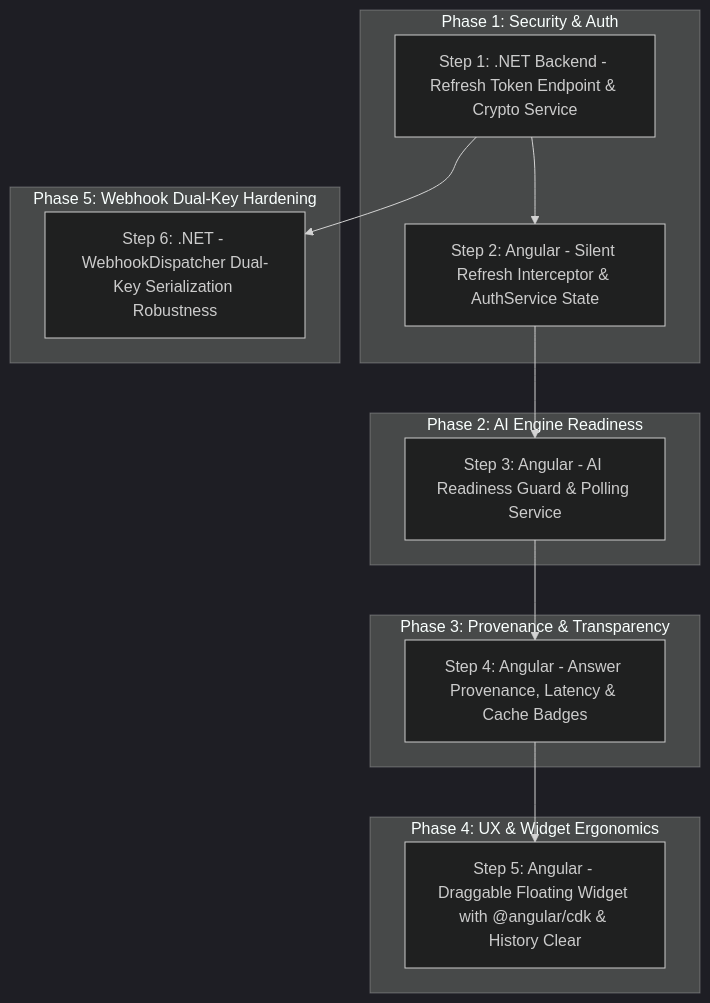
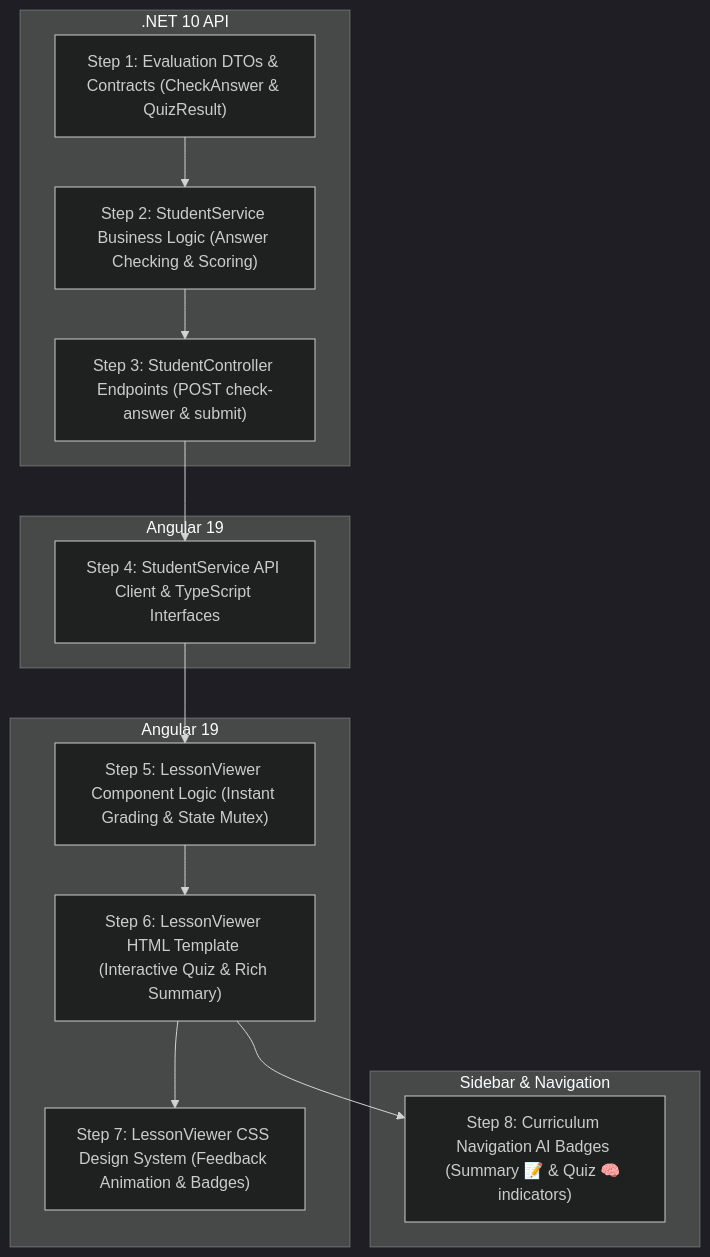
The diagram in CONSTRUCTION_BLUEPRINT.md (MazenDarweesh/DynamicProLearn), drawn with Mermaid (dark theme) before and after one commit. The commit also changed other lines of this file and 22 other files, not shown here.

First line of the commit message:
feat(quiz-summary): implement interactive AI quiz with DB persistence & rich summary UI

````diff
--- a/CONSTRUCTION_BLUEPRINT.md
+++ b/CONSTRUCTION_BLUEPRINT.md
@@ -11,29 +11,29 @@
 ```mermaid
 flowchart TD
-    subgraph Phase 1: Security & Auth
-        Step1[Step 1: .NET Backend - Refresh Token Endpoint & Crypto Service]
-        Step2[Step 2: Angular - Silent Refresh Interceptor & AuthService State]
+    subgraph Phase 1: Backend Evaluation Engine [.NET 10 API]
+        Step1["Step 1: Evaluation DTOs & Contracts (CheckAnswer & QuizResult)"]
+        Step2["Step 2: StudentService Business Logic (Answer Checking & Scoring)"]
+        Step3["Step 3: StudentController Endpoints (POST check-answer & submit)"]
         Step1 --> Step2
+        Step2 --> Step3
     end
 
-    subgraph Phase 2: AI Engine Readiness
-        Step3[Step 3: Angular - AI Readiness Guard & Polling Service]
+    subgraph Phase 2: Frontend Service & Types [Angular 19]
+        Step4["Step 4: StudentService API Client & TypeScript Interfaces"]
+        Step3 --> Step4
     end
 
-    subgraph Phase 3: Provenance & Transparency
-        Step4[Step 4: Angular - Answer Provenance, Latency & Cache Badges]
+    subgraph Phase 3: Interactive UI & Instant Grading [Angular 19]
+        Step5["Step 5: LessonViewer Component Logic (Instant Grading & State Mutex)"]
+        Step6["Step 6: LessonViewer HTML Template (Interactive Quiz & Rich Summary)"]
+        Step7["Step 7: LessonViewer CSS Design System (Feedback Animation & Badges)"]
+        Step4 --> Step5
+        Step5 --> Step6
+        Step6 --> Step7
     end
 
-    subgraph Phase 4: UX & Widget Ergonomics
-        Step5[Step 5: Angular - Draggable Floating Widget with @angular/cdk & History Clear]
+    subgraph Phase 4: Curriculum Awareness [Sidebar & Navigation]
+        Step8["Step 8: Curriculum Navigation AI Badges (Summary 📝 & Quiz 🧠 indicators)"]
+        Step6 --> Step8
     end
-
-    subgraph Phase 5: Webhook Dual-Key Hardening
-        Step6[Step 6: .NET - WebhookDispatcher Dual-Key Serialization Robustness]
-    end
-
-    Step2 --> Step3
-    Step3 --> Step4
-    Step4 --> Step5
-    Step1 --> Step6
 ```
````
